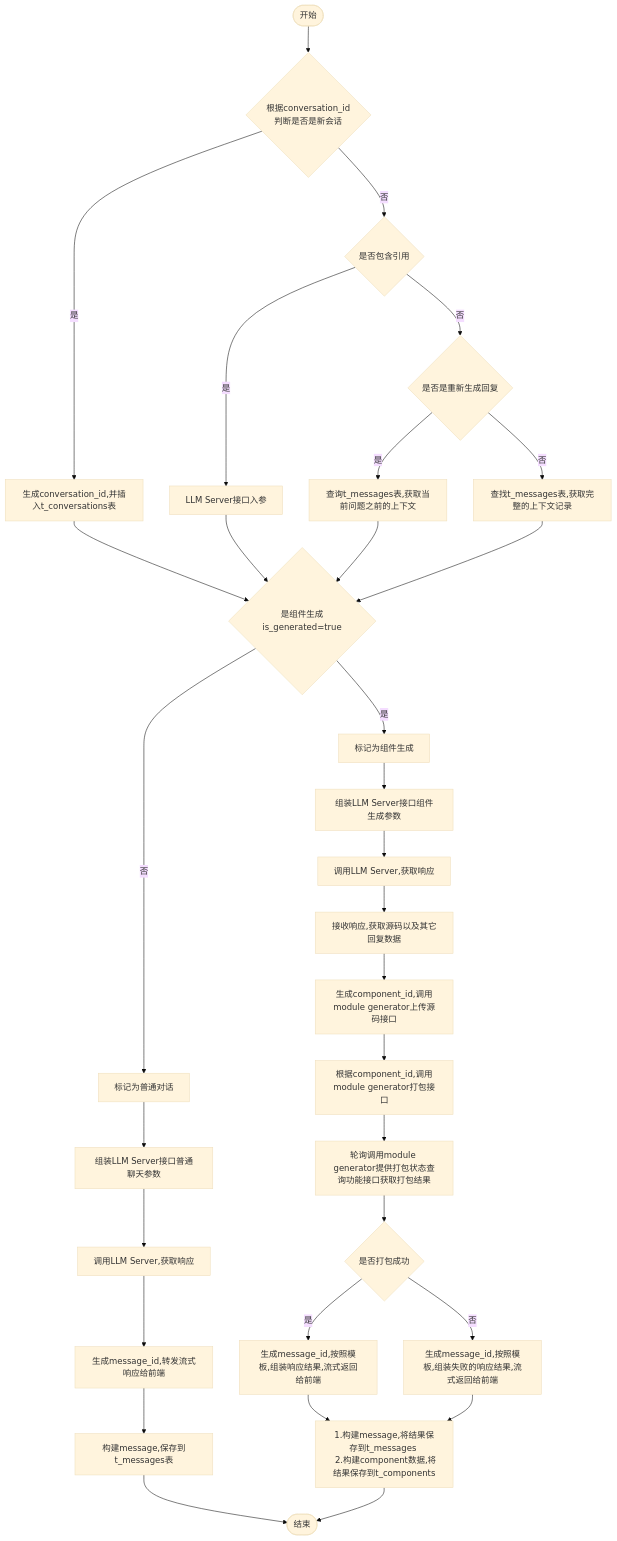
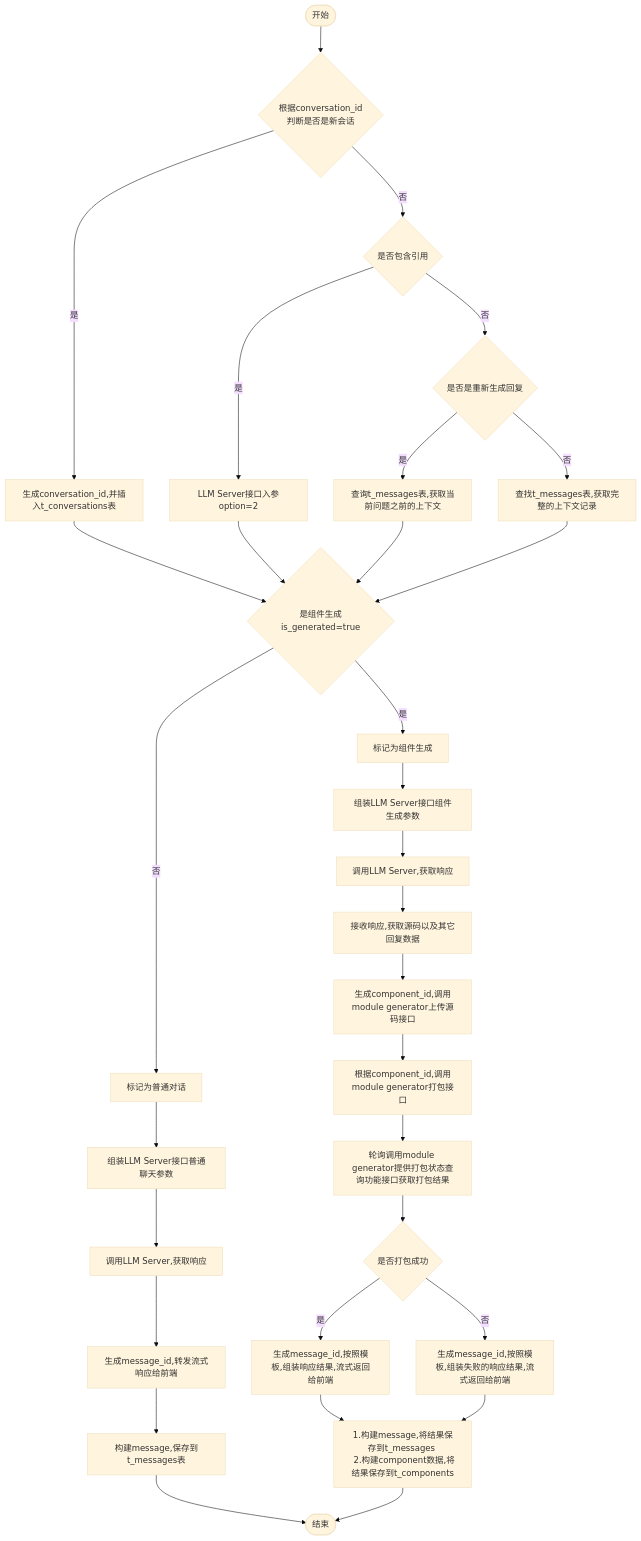
The diagram in all/w3-会话-不需要传递message.md (yingjianzh/iodraw-files), drawn with Mermaid (base theme) before and after one commit.

Commit message:
2024-10-14 11:06:17 update

````diff
--- a/all/w3-会话-不需要传递message.md
+++ b/all/w3-会话-不需要传递message.md
@@ -1,35 +1,35 @@
 ```mermaid
 flowchart TD
     A([开始]) --> B{根据conversation_id \n 判断是否是新会话}
     B -- 是 --> C[生成conversation_id,并插入t_conversations表]
     B -- 否 --> D{是否包含引用}
-    D -- 是 --> E[LLM Server接口入参]
+    D -- 是 --> E[LLM Server接口入参option=2]
     D -- 否 --> F{是否是重新生成回复}
     F -- 是 --> G[查询t_messages表,获取当前问题之前的上下文]
     F -- 否 --> H[查找t_messages表,获取完整的上下文记录]
      
     C & E & G & H --> I{是组件生成is_generated=true}
     I -- 是 --> J[标记为组件生成]
     I -- 否 --> K[标记为普通对话]
 
 
     J --> L[组装LLM Server接口组件生成参数]    
     K --> M[组装LLM Server接口普通聊天参数]    
     M --> N[调用LLM Server,获取响应]    
     N --> O[生成message_id,转发流式响应给前端]
     O --> P[构建message,保存到t_messages表]
     P --> R([结束])
 
 
     L --> S[调用LLM Server,获取响应]
     S --> T[接收响应,获取源码以及其它回复数据]
     T --> U[生成component_id,调用module generator上传源码接口]
     U --> V[根据component_id,调用module generator打包接口]
     V --> W[轮询调用module generator提供打包状态查询功能接口获取打包结果]
     W --> X{是否打包成功}
     X -- 是 --> Y[生成message_id,按照模板,组装响应结果,流式返回给前端]
     X -- 否 --> Z[生成message_id,按照模板,组装失败的响应结果,流式返回给前端]
 
     Y & Z --> Result[1.构建message,将结果保存到t_messages \n 2.构建component数据,将结果保存到t_components]
     Result --> R
 ```
````
